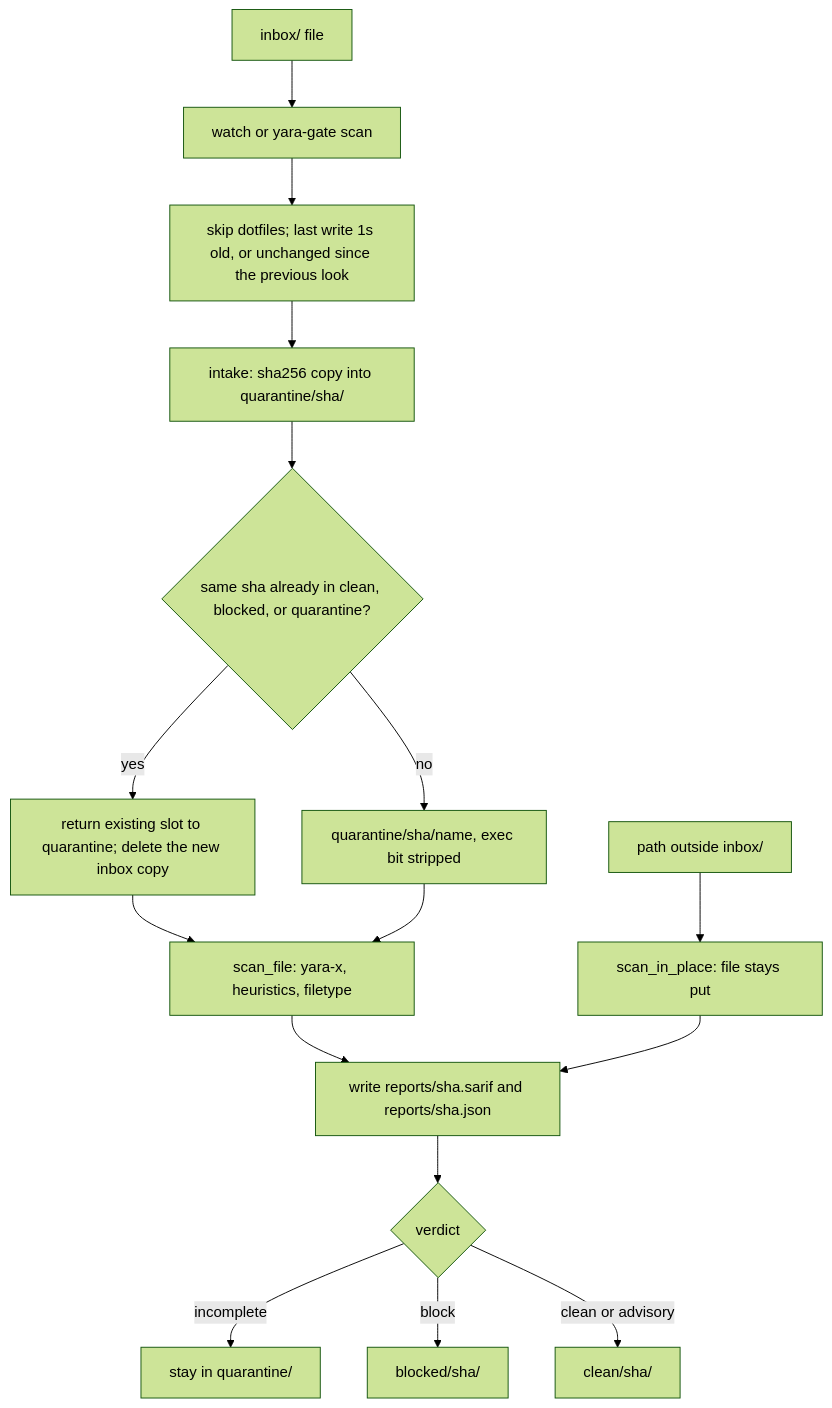
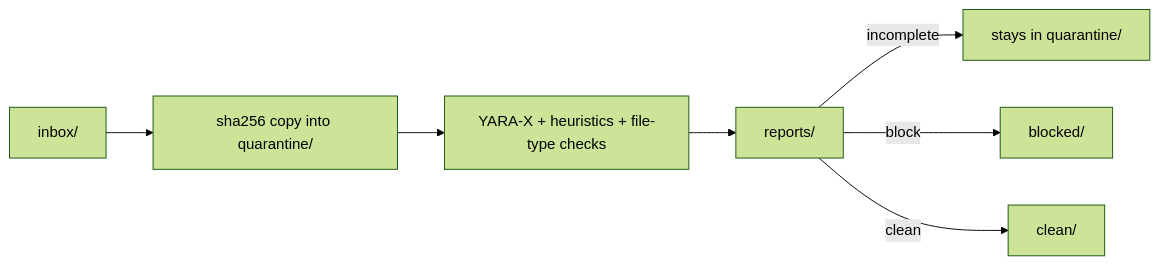
The diagram in README.md (cgfixit/yara-gate), drawn with Mermaid (forest theme) before and after one commit. The commit also changed other lines of this file and 4 other files, not shown here.

````diff
--- a/README.md
+++ b/README.md
@@ -90,18 +112,9 @@
 ```mermaid
-flowchart TD
-    drop["inbox/ file"] --> watch["watch or yara-gate scan"]
-    watch --> settle["skip dotfiles; last write 1s old, or unchanged since the previous look"]
-    settle --> intake["intake: sha256 copy into quarantine/sha/"]
-    intake --> known{"same sha already in clean, blocked, or quarantine?"}
-    known -->|yes| reuse["return existing slot to quarantine; delete the new inbox copy"]
-    known -->|no| slot["quarantine/sha/name, exec bit stripped"]
-    reuse --> scan
-    slot --> scan["scan_file: yara-x, heuristics, filetype"]
-    scan --> report["write reports/sha.sarif and reports/sha.json"]
-    report --> verdict{"verdict"}
-    verdict -->|incomplete| stay["stay in quarantine/"]
-    verdict -->|block| blocked["blocked/sha/"]
-    verdict -->|clean or advisory| clean["clean/sha/"]
-    outside["path outside inbox/"] --> inplace["scan_in_place: file stays put"]
-    inplace --> report
+flowchart LR
+    drop["inbox/"] --> intake["sha256 copy into quarantine/"]
+    intake --> scan["YARA-X + heuristics + file-type checks"]
+    scan --> report["reports/"]
+    report -->|incomplete| stay["stays in quarantine/"]
+    report -->|block| blocked["blocked/"]
+    report -->|clean| clean["clean/"]
 ```
````
